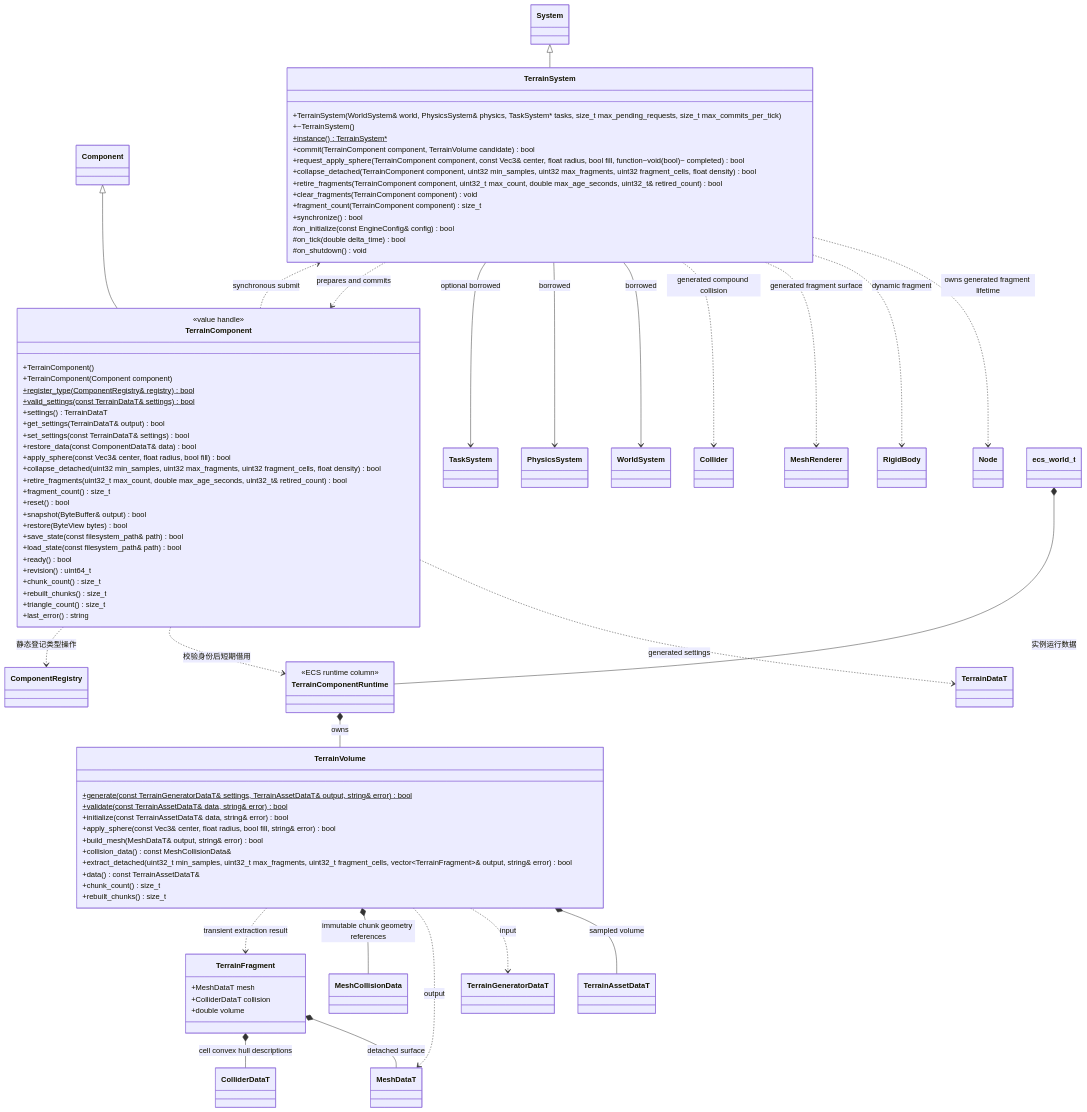
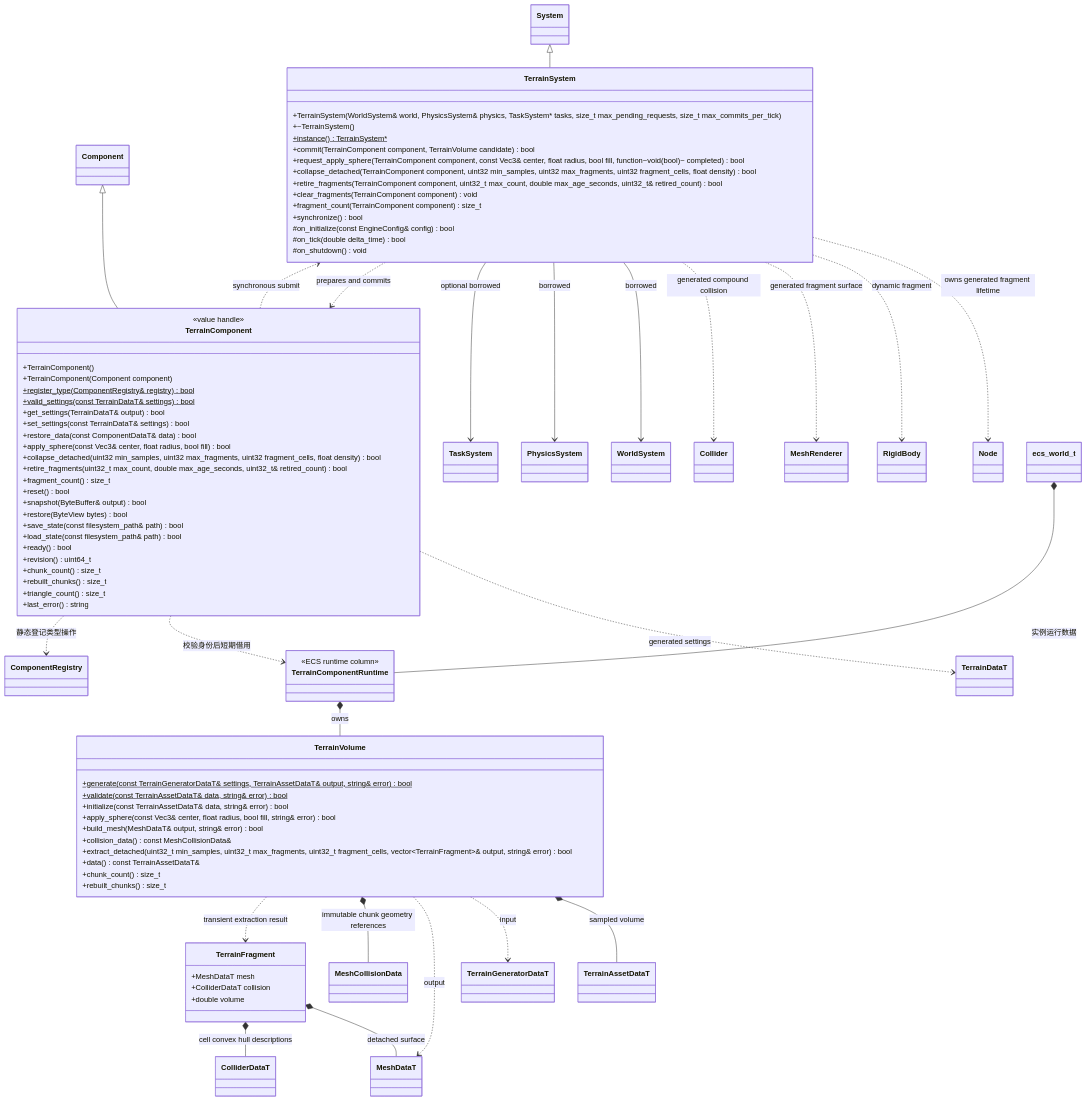
One commit to lcals/Engine changed the diagram in docs/plugins/runtime/class-diagrams/terrain.md. Above: the diagram before and after it, drawn with Mermaid. The commit also changed other lines of this file and 244 other files, not shown here.

```diff
--- a/docs/plugins/runtime/class-diagrams/terrain.md
+++ b/docs/plugins/runtime/class-diagrams/terrain.md
@@ -38,7 +38,7 @@
         +TerrainComponent(Component component)
         +register_type(ComponentRegistry& registry) bool$
 +valid_settings(const TerrainDataT& settings) bool$
-+settings() TerrainDataT
+
 +get_settings(TerrainDataT& output) bool
 +set_settings(const TerrainDataT& settings) bool
 +restore_data(const ComponentDataT& data) bool
```
